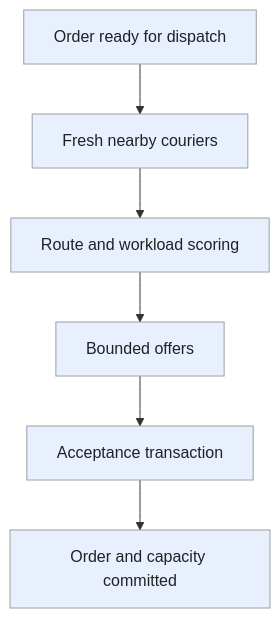
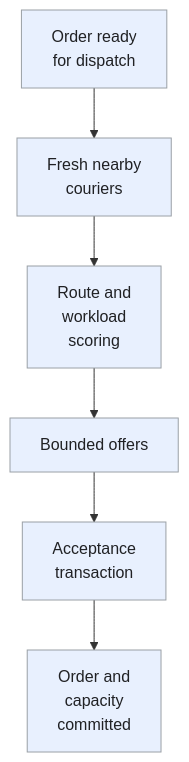
One commit to iliazlobin/iliazlobin.github.io changed the fourth of 4 diagrams in _designs/system-design-local-delivery.md. Above: the diagram before and after it, drawn with Mermaid. The commit also changed other lines of this file and 116 other files, not shown here.

````diff
--- a/_designs/system-design-local-delivery.md
+++ b/_designs/system-design-local-delivery.md
@@ -267,12 +294,12 @@
 ```mermaid
 flowchart TB
-  O["Order ready for dispatch"] --> G["Fresh nearby couriers"]
-  G --> S["Route and workload scoring"]
+  O["Order ready<br>for dispatch"] --> G["Fresh nearby<br>couriers"]
+  G --> S["Route and<br>workload<br>scoring"]
   S --> F["Bounded offers"]
-  F --> A["Acceptance transaction"]
-  A --> C["Order and capacity committed"]
+  F --> A["Acceptance<br>transaction"]
+  A --> C["Order and<br>capacity<br>committed"]
   classDef request fill:#e8f0fe,stroke:#9aa0a6,color:#202124,stroke-width:1px
   classDef background fill:#e6f4ea,stroke:#9aa0a6,color:#202124,stroke-width:1px
   classDef control fill:#fef7e0,stroke:#9aa0a6,color:#202124,stroke-width:1px
   class O,G,S,F,A,C request
 ```
````
